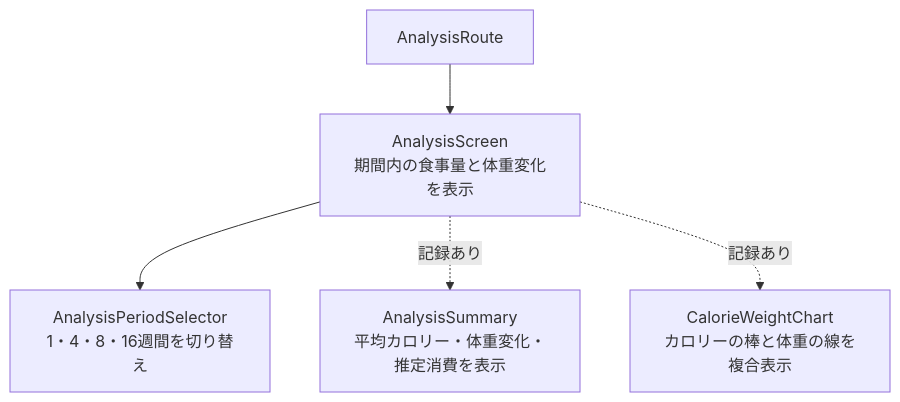
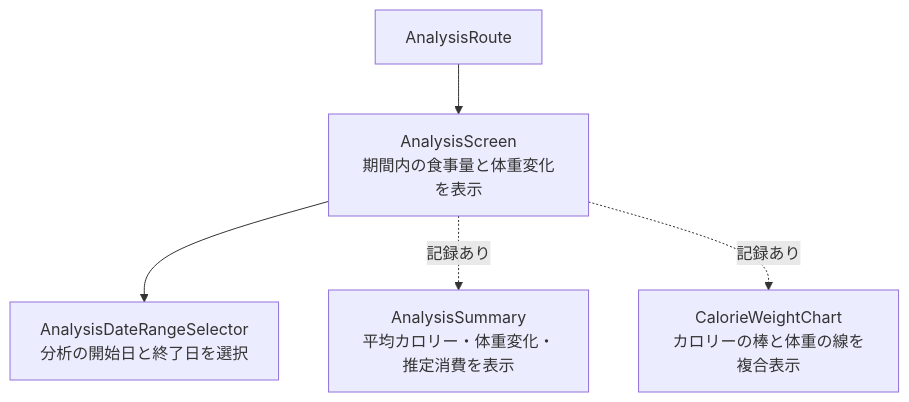
One commit to takahashi-toshiya/FoodLog changed the second of 9 diagrams in docs/component-map.md. Above: the diagram before and after it, drawn with Mermaid. The commit also changed 11 other files, not shown here.

Commit message:
feat: support custom analysis date ranges

````diff
--- a/docs/component-map.md
+++ b/docs/component-map.md
@@ -37,7 +37,7 @@
 ```mermaid
 flowchart TD
   AnalysisRoute["AnalysisRoute"] --> AnalysisScreen["AnalysisScreen<br/>期間内の食事量と体重変化を表示"]
-  AnalysisScreen --> AnalysisPeriodSelector["AnalysisPeriodSelector<br/>1・4・8・16週間を切り替え"]
+  AnalysisScreen --> AnalysisDateRangeSelector["AnalysisDateRangeSelector<br/>分析の開始日と終了日を選択"]
   AnalysisScreen -. 記録あり .-> AnalysisSummary["AnalysisSummary<br/>平均カロリー・体重変化・推定消費を表示"]
   AnalysisScreen -. 記録あり .-> CalorieWeightChart["CalorieWeightChart<br/>カロリーの棒と体重の線を複合表示"]
 ```
````
